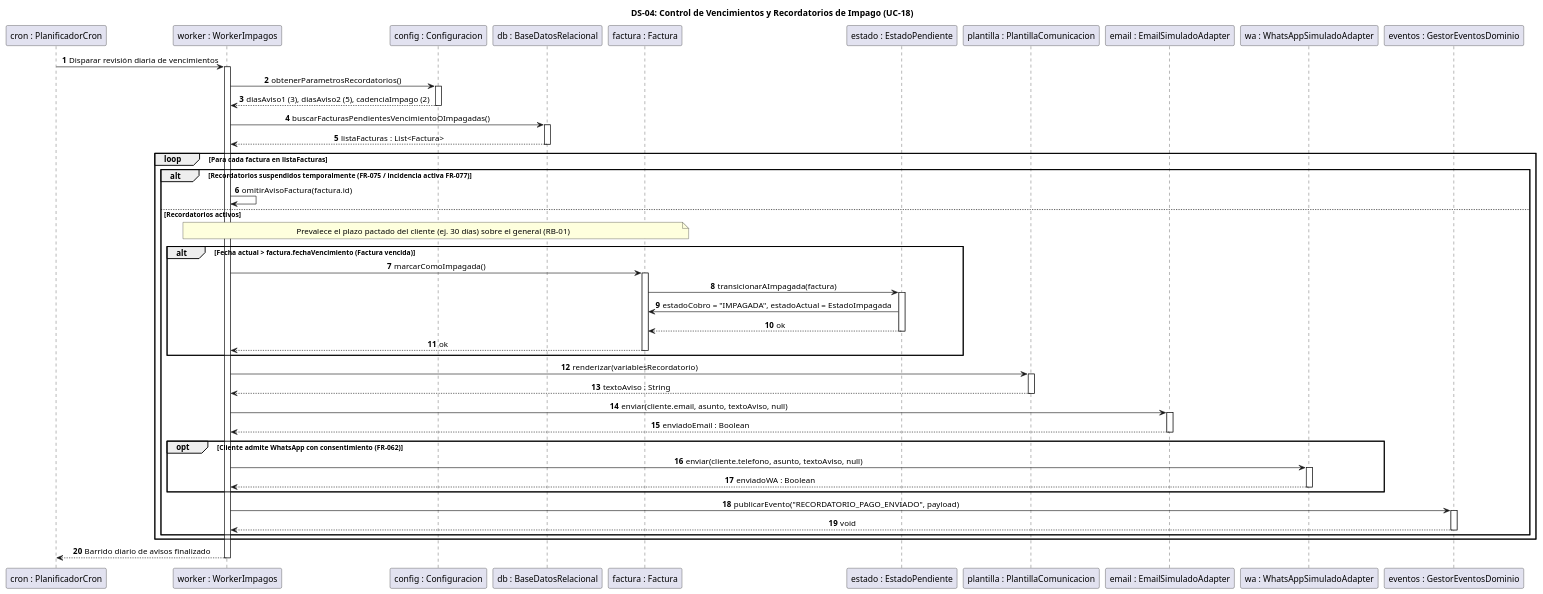
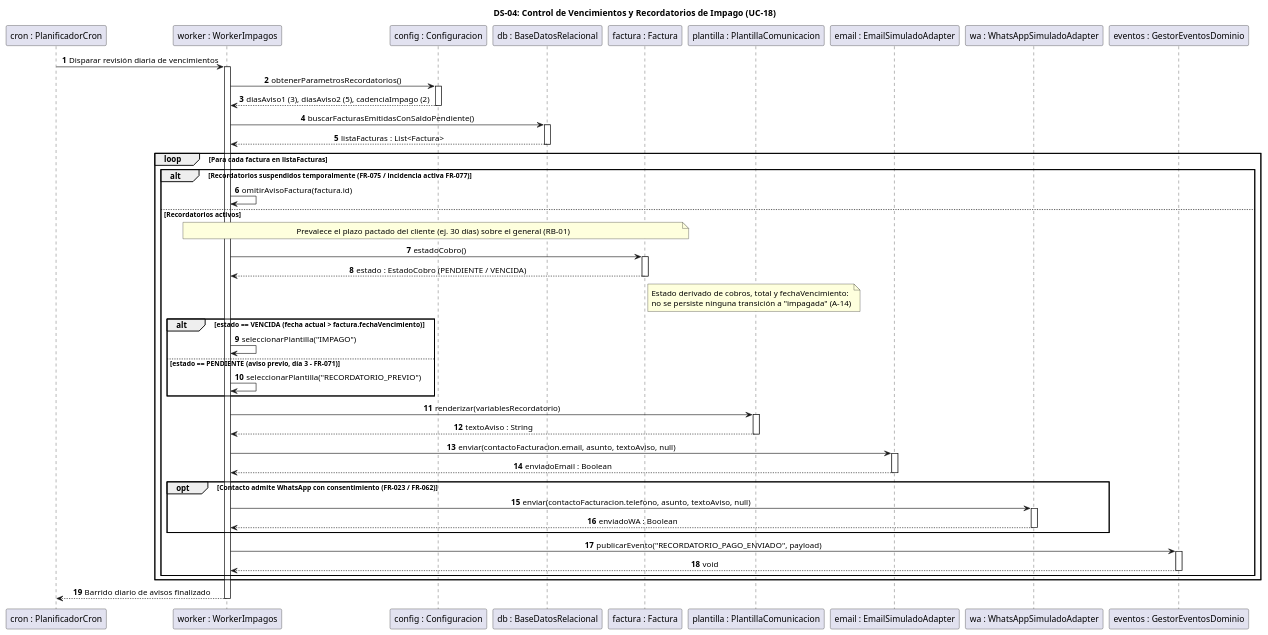
The diagram in doc/src/diagramas-secuencia/ds-04-control-vencimientos-impagos.pu (pablorv3/Hienitas-ADAP), drawn with PlantUML before and after one commit. The commit also changed 6 other files, not shown here.

First line of the commit message:
Align sequence diagrams with document state and contact model

```diff
--- a/doc/src/diagramas-secuencia/ds-04-control-vencimientos-impagos.pu
+++ b/doc/src/diagramas-secuencia/ds-04-control-vencimientos-impagos.pu
@@ -1,76 +1,75 @@
 @startuml DS04_Control_Vencimientos_Impagos
     autonumber
     skinparam sequenceMessageAlign center
     skinparam responseMessageBelowArrow true
 
     title DS-04: Control de Vencimientos y Recordatorios de Impago (UC-18)
 
     participant "cron : PlanificadorCron" as Cron
     participant "worker : WorkerImpagos" as Worker
     participant "config : Configuracion" as Config
     participant "db : BaseDatosRelacional" as DB
     participant "factura : Factura" as Fac
-    participant "estado : EstadoPendiente" as EstPend
     participant "plantilla : PlantillaComunicacion" as Plantilla
     participant "email : EmailSimuladoAdapter" as Email
     participant "wa : WhatsAppSimuladoAdapter" as WA
     participant "eventos : GestorEventosDominio" as Eventos
 
     Cron -> Worker : Disparar revisión diaria de vencimientos
     activate Worker
 
     Worker -> Config : obtenerParametrosRecordatorios()
     activate Config
     Config --> Worker : diasAviso1 (3), diasAviso2 (5), cadenciaImpago (2)
     deactivate Config
 
-    Worker -> DB : buscarFacturasPendientesVencimientoOImpagadas()
+    Worker -> DB : buscarFacturasEmitidasConSaldoPendiente()
     activate DB
     DB --> Worker : listaFacturas : List<Factura>
     deactivate DB
 
     loop Para cada factura en listaFacturas
         alt Recordatorios suspendidos temporalmente (FR-075 / incidencia activa FR-077)
             Worker -> Worker : omitirAvisoFactura(factura.id)
         else Recordatorios activos
             note over Worker, Fac: Prevalece el plazo pactado del cliente (ej. 30 días) sobre el general (RB-01)
 
-            alt Fecha actual > factura.fechaVencimiento (Factura vencida)
-                Worker -> Fac : marcarComoImpagada()
-                activate Fac
-                Fac -> EstPend : transicionarAImpagada(factura)
-                activate EstPend
-                EstPend -> Fac : estadoCobro = "IMPAGADA", estadoActual = EstadoImpagada
-                EstPend --> Fac : ok
-                deactivate EstPend
-                Fac --> Worker : ok
-                deactivate Fac
+            Worker -> Fac : estadoCobro()
+            activate Fac
+            Fac --> Worker : estado : EstadoCobro (PENDIENTE / VENCIDA)
+            deactivate Fac
+            note right of Fac: Estado derivado de cobros, total y fechaVencimiento:\nno se persiste ninguna transición a "impagada" (A-14)
+
+            alt estado == VENCIDA (fecha actual > factura.fechaVencimiento)
+                Worker -> Worker : seleccionarPlantilla("IMPAGO")
+            else estado == PENDIENTE (aviso previo, día 3 - FR-071)
+                Worker -> Worker : seleccionarPlantilla("RECORDATORIO_PREVIO")
             end
 
             Worker -> Plantilla : renderizar(variablesRecordatorio)
             activate Plantilla
             Plantilla --> Worker : textoAviso : String
             deactivate Plantilla
 
-            Worker -> Email : enviar(cliente.email, asunto, textoAviso, null)
+            Worker -> Email : enviar(contactoFacturacion.email, asunto, textoAviso, null)
             activate Email
             Email --> Worker : enviadoEmail : Boolean
             deactivate Email
 
-            opt Cliente admite WhatsApp con consentimiento (FR-062)
-                Worker -> WA : enviar(cliente.telefono, asunto, textoAviso, null)
+            opt Contacto admite WhatsApp con consentimiento (FR-023 / FR-062)
+                Worker -> WA : enviar(contactoFacturacion.telefono, asunto, textoAviso, null)
                 activate WA
                 WA --> Worker : enviadoWA : Boolean
                 deactivate WA
             end
 
             Worker -> Eventos : publicarEvento("RECORDATORIO_PAGO_ENVIADO", payload)
             activate Eventos
             Eventos --> Worker : void
             deactivate Eventos
         end
     end
 
     Worker --> Cron : Barrido diario de avisos finalizado
     deactivate Worker
 @enduml
```
